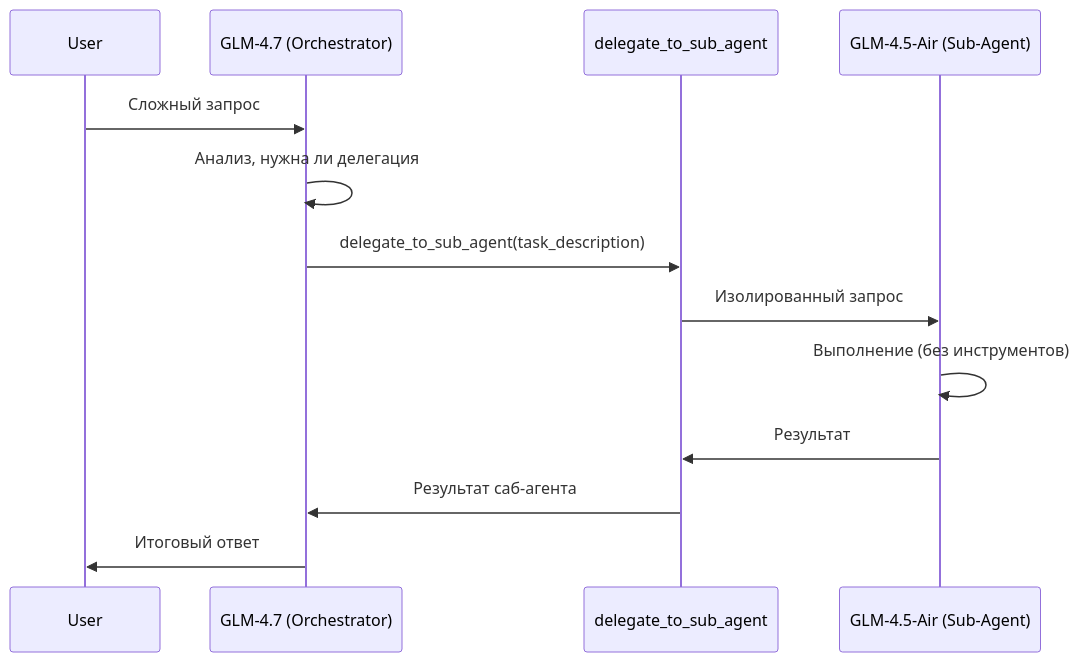
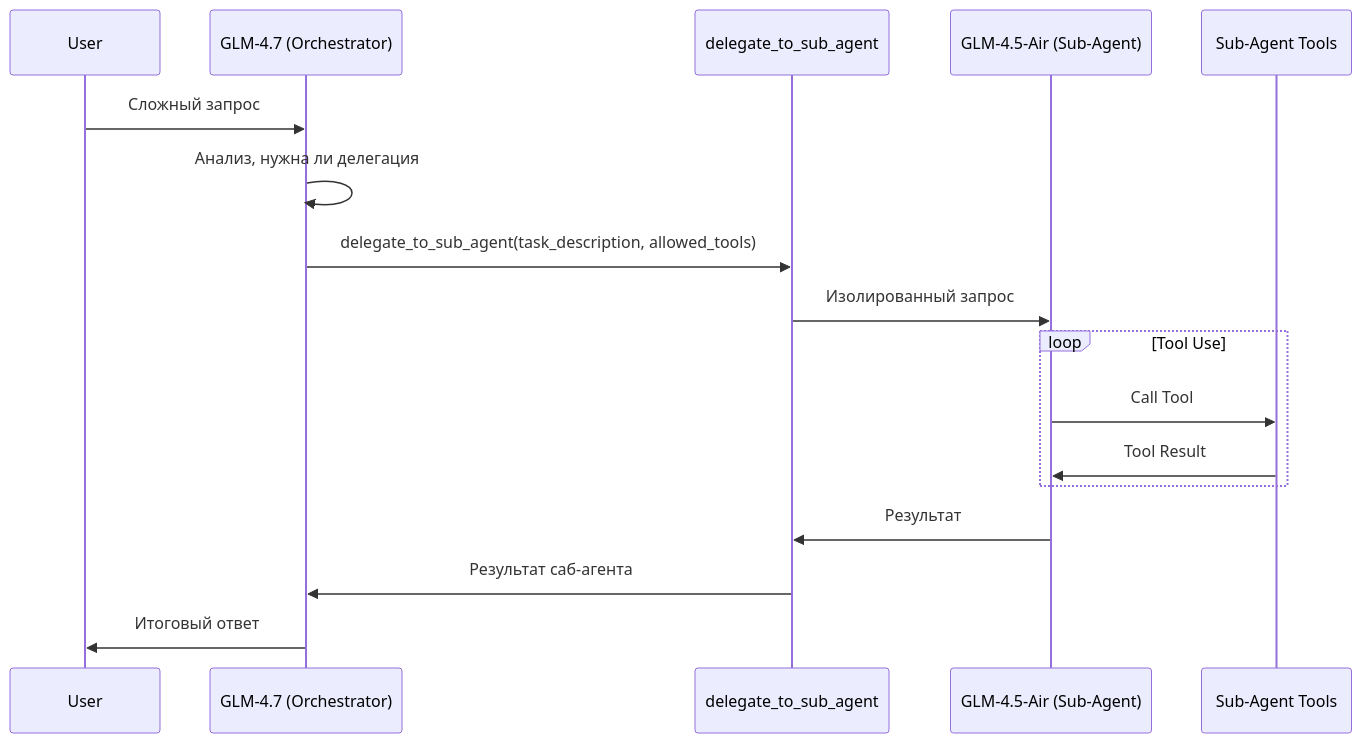
The diagram in backlog/docs/sub-agent-delegation/PLAN.md (0FL01/Another-Chat-with-LLM), drawn with Mermaid before and after one commit. The commit also changed other lines of this file and 7 other files, not shown here.

````diff
--- a/backlog/docs/sub-agent-delegation/PLAN.md
+++ b/backlog/docs/sub-agent-delegation/PLAN.md
@@ -7,16 +7,20 @@
 ```mermaid
 sequenceDiagram
     participant User
     participant Orchestrator as GLM-4.7 (Orchestrator)
     participant Tool as delegate_to_sub_agent
     participant SubAgent as GLM-4.5-Air (Sub-Agent)
+    participant SubTools as Sub-Agent Tools
     
     User->>Orchestrator: Сложный запрос
     Orchestrator->>Orchestrator: Анализ, нужна ли делегация
-    Orchestrator->>Tool: delegate_to_sub_agent(task_description)
+    Orchestrator->>Tool: delegate_to_sub_agent(task_description, allowed_tools)
     Tool->>SubAgent: Изолированный запрос
-    SubAgent->>SubAgent: Выполнение (без инструментов)
+    loop Tool Use
+        SubAgent->>SubTools: Call Tool
+        SubTools->>SubAgent: Tool Result
+    end
     SubAgent->>Tool: Результат
     Tool->>Orchestrator: Результат саб-агента
     Orchestrator->>User: Итоговый ответ
 ```
````
